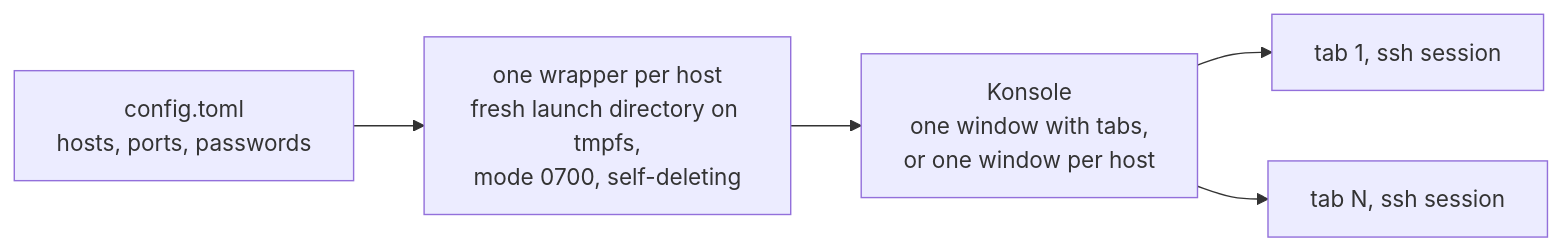
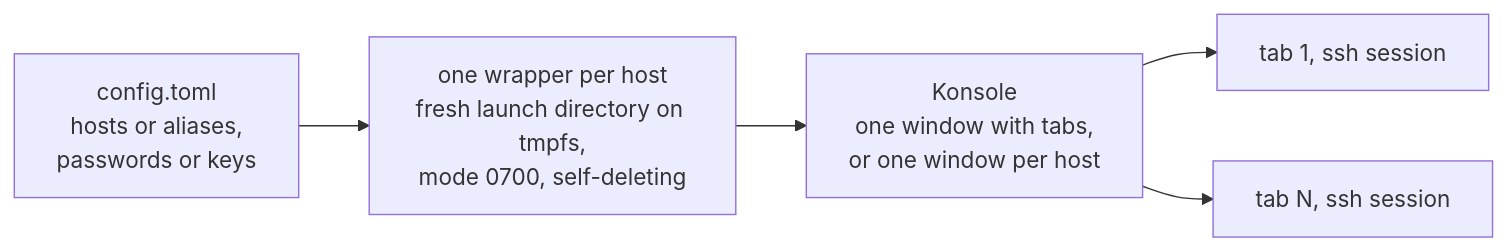
One commit to PaulGoG/SshAutoLogin.jl changed the diagram in README.md. Above: the diagram before and after it, drawn with Mermaid. The commit also changed other lines of this file and 3 other files, not shown here.

````diff
--- a/README.md
+++ b/README.md
@@ -93,12 +93,12 @@
 ```mermaid
 flowchart LR
-    cfg["config.toml<br/>hosts, ports, passwords"]
+    cfg["config.toml<br/>hosts or aliases,<br/>passwords or keys"]
     wrap["one wrapper per host<br/>fresh launch directory on tmpfs,<br/>mode 0700, self-deleting"]
     kon["Konsole<br/>one window with tabs,<br/>or one window per host"]
     t1["tab 1, ssh session"]
     tn["tab N, ssh session"]
     cfg --> wrap
     wrap --> kon
     kon --> t1
     kon --> tn
 ```
````
